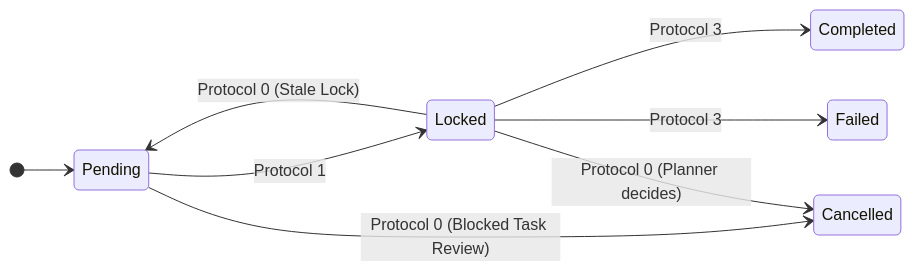
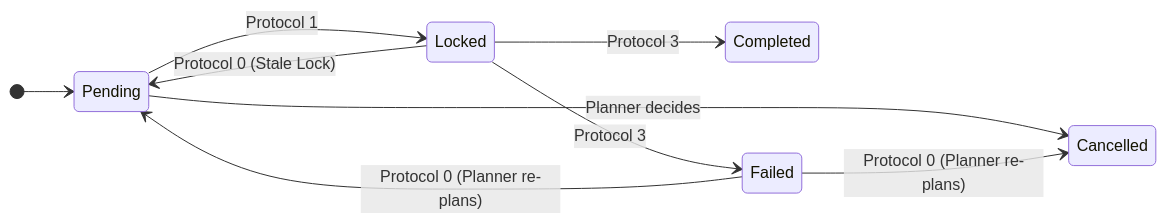
One commit to Gaubee/jixo changed the diagram in packages/cli/prompts/system.md. Above: the diagram before and after it, drawn with Mermaid. The commit also changed other lines of this file, not shown here.

````diff
--- a/packages/cli/prompts/system.md
+++ b/packages/cli/prompts/system.md
@@ -157,11 +187,12 @@
 ```mermaid
 stateDiagram-v2
     direction LR
     [*] --> Pending
     Pending --> Locked : Protocol 1
-    Pending --> Cancelled : Protocol 0 (Blocked Task Review)
+    Pending --> Cancelled : Planner decides
     Locked --> Completed : Protocol 3
     Locked --> Failed : Protocol 3
     Locked --> Pending : Protocol 0 (Stale Lock)
-    Locked --> Cancelled : Protocol 0 (Planner decides)
+    Failed --> Pending : Protocol 0 (Planner re-plans)
+    Failed --> Cancelled : Protocol 0 (Planner re-plans)
 ```
````
